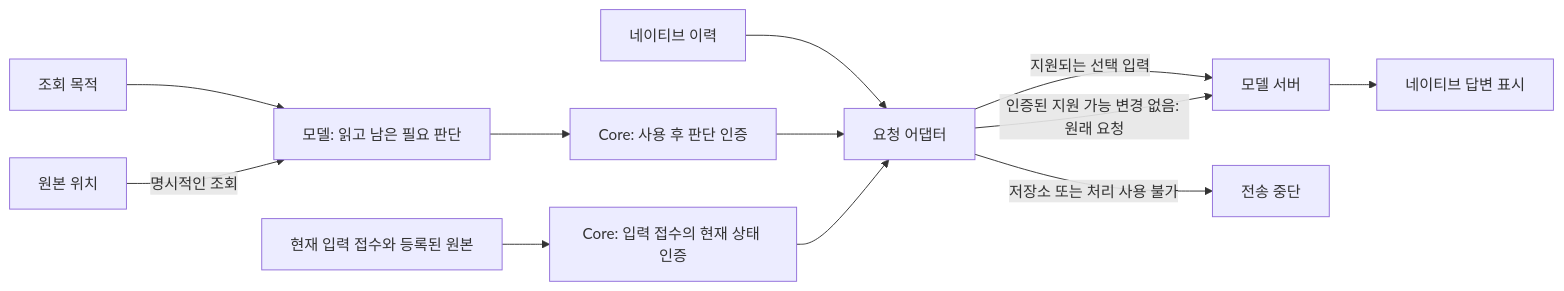
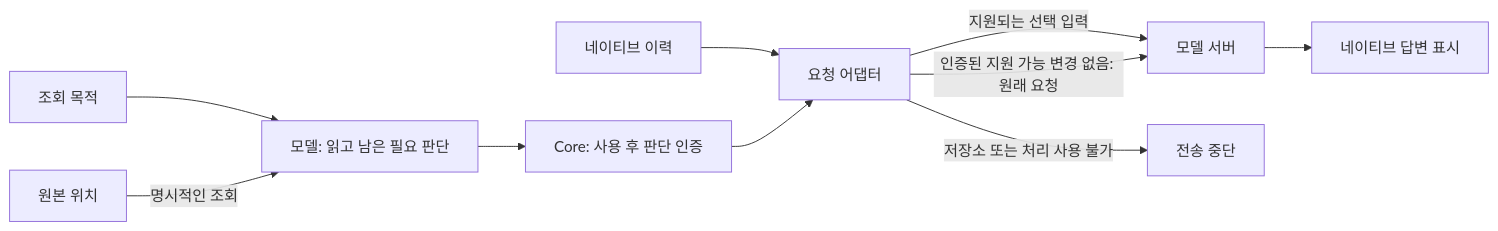
One commit to AidALL/ghost-alice changed the fourth of 4 diagrams in architecture_ko.md. Above: the diagram before and after it, drawn with Mermaid. The commit also changed other lines of this file and 18 other files, not shown here.

````diff
--- a/architecture_ko.md
+++ b/architecture_ko.md
@@ -75,14 +73,12 @@
 ```mermaid
 flowchart LR
   P["조회 목적"] --> M["모델: 읽고 남은 필요 판단"]
   M --> C["Core: 사용 후 판단 인증"]
   H["네이티브 이력"] --> A["요청 어댑터"]
   C --> A
-  N["현재 입력 접수와 등록된 원본"] --> I["Core: 입력 접수의 현재 상태 인증"]
-  I --> A
   A -->|지원되는 선택 입력| S["모델 서버"]
   A -->|인증된 지원 가능 변경 없음: 원래 요청| S
   A -->|저장소 또는 처리 사용 불가| U["전송 중단"]
   S --> D["네이티브 답변 표시"]
   O["원본 위치"] -->|명시적인 조회| M
 ```
````
